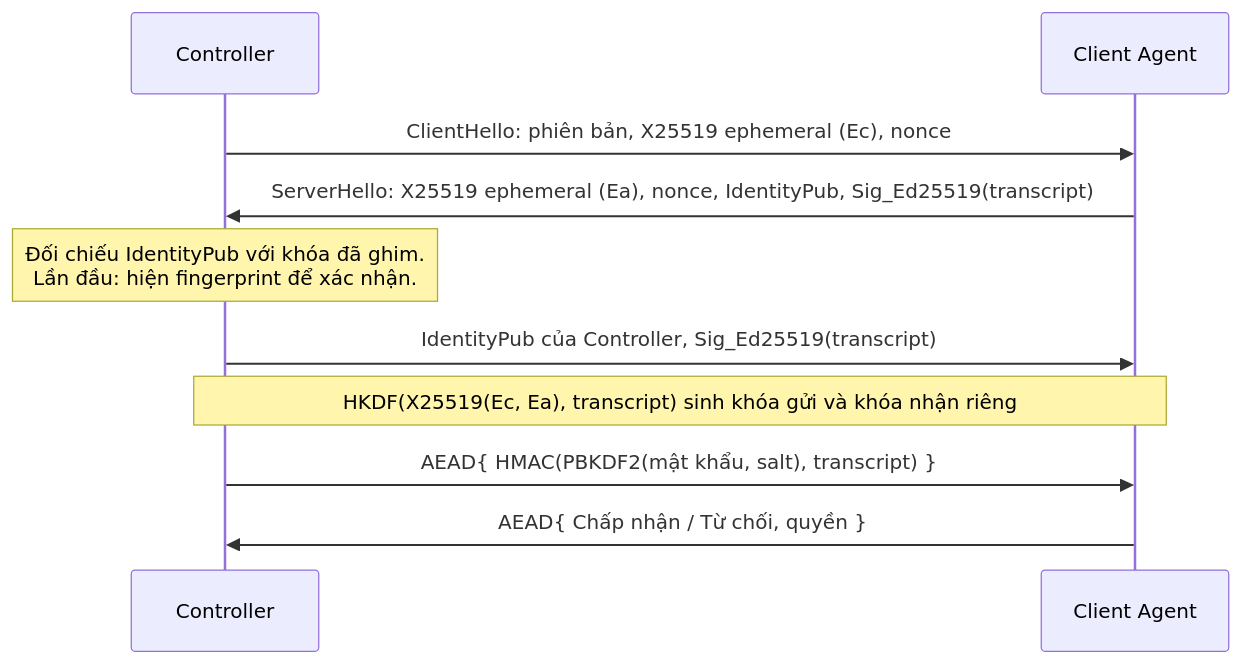
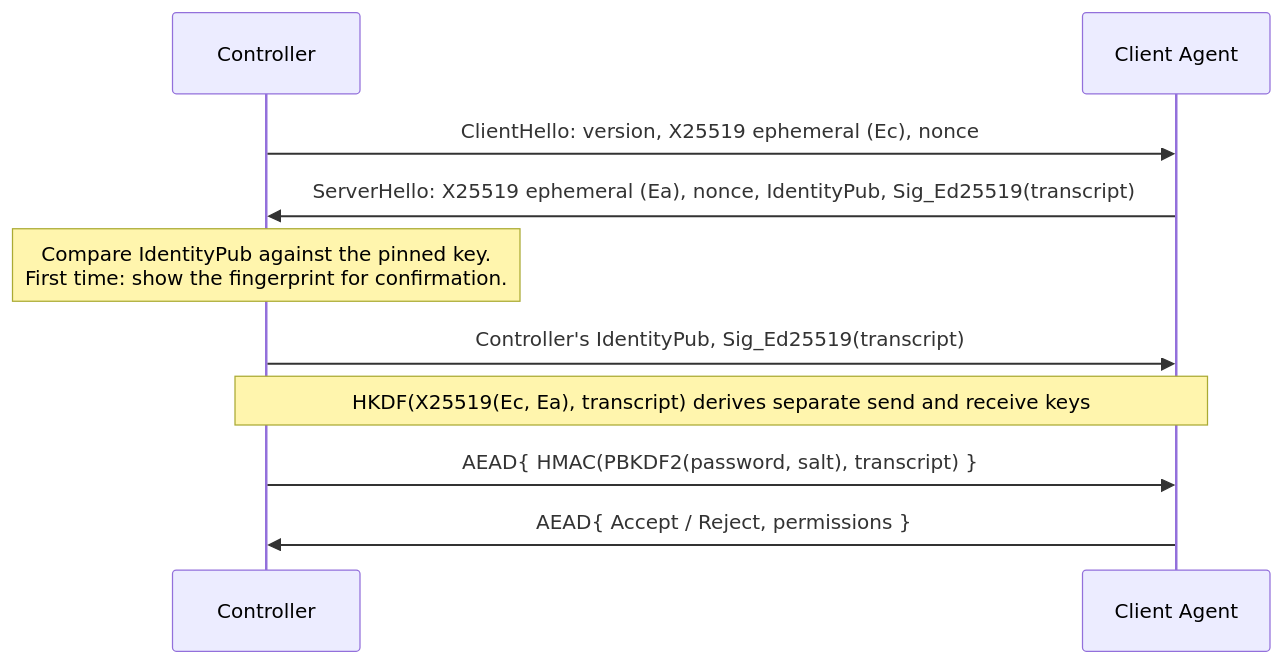
The second of 2 diagrams in docs/04-Security.md (DungAnDuong/Remote-Destop-Manager), drawn with Mermaid before and after one commit. The commit also changed other lines of this file and 7 other files, not shown here.

````diff
--- a/docs/04-Security.md
+++ b/docs/04-Security.md
@@ -62,12 +62,12 @@
 ```mermaid
 sequenceDiagram
   participant C as Controller
   participant A as Client Agent
-  C->>A: ClientHello: phiên bản, X25519 ephemeral (Ec), nonce
+  C->>A: ClientHello: version, X25519 ephemeral (Ec), nonce
   A->>C: ServerHello: X25519 ephemeral (Ea), nonce, IdentityPub, Sig_Ed25519(transcript)
-  Note over C: Đối chiếu IdentityPub với khóa đã ghim.<br/>Lần đầu: hiện fingerprint để xác nhận.
-  C->>A: IdentityPub của Controller, Sig_Ed25519(transcript)
-  Note over C,A: HKDF(X25519(Ec, Ea), transcript) sinh khóa gửi và khóa nhận riêng
-  C->>A: AEAD{ HMAC(PBKDF2(mật khẩu, salt), transcript) }
-  A->>C: AEAD{ Chấp nhận / Từ chối, quyền }
+  Note over C: Compare IdentityPub against the pinned key.<br/>First time: show the fingerprint for confirmation.
+  C->>A: Controller's IdentityPub, Sig_Ed25519(transcript)
+  Note over C,A: HKDF(X25519(Ec, Ea), transcript) derives separate send and receive keys
+  C->>A: AEAD{ HMAC(PBKDF2(password, salt), transcript) }
+  A->>C: AEAD{ Accept / Reject, permissions }
 ```
````
